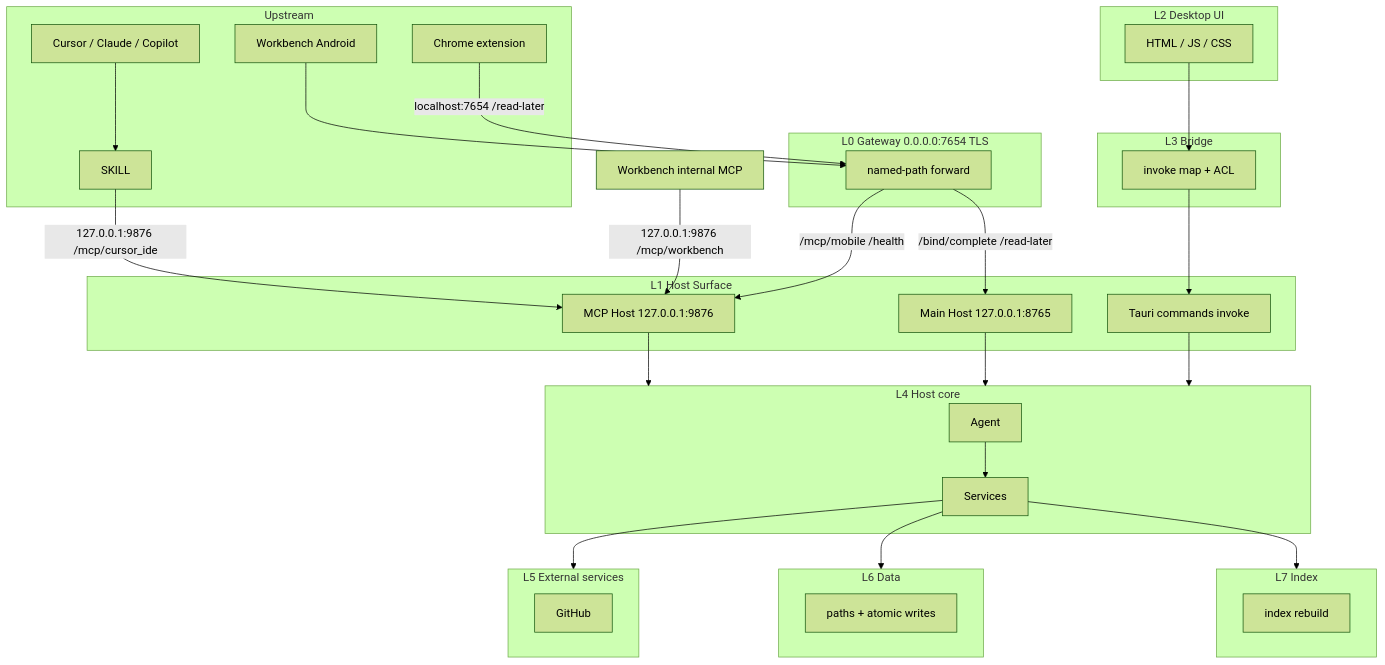
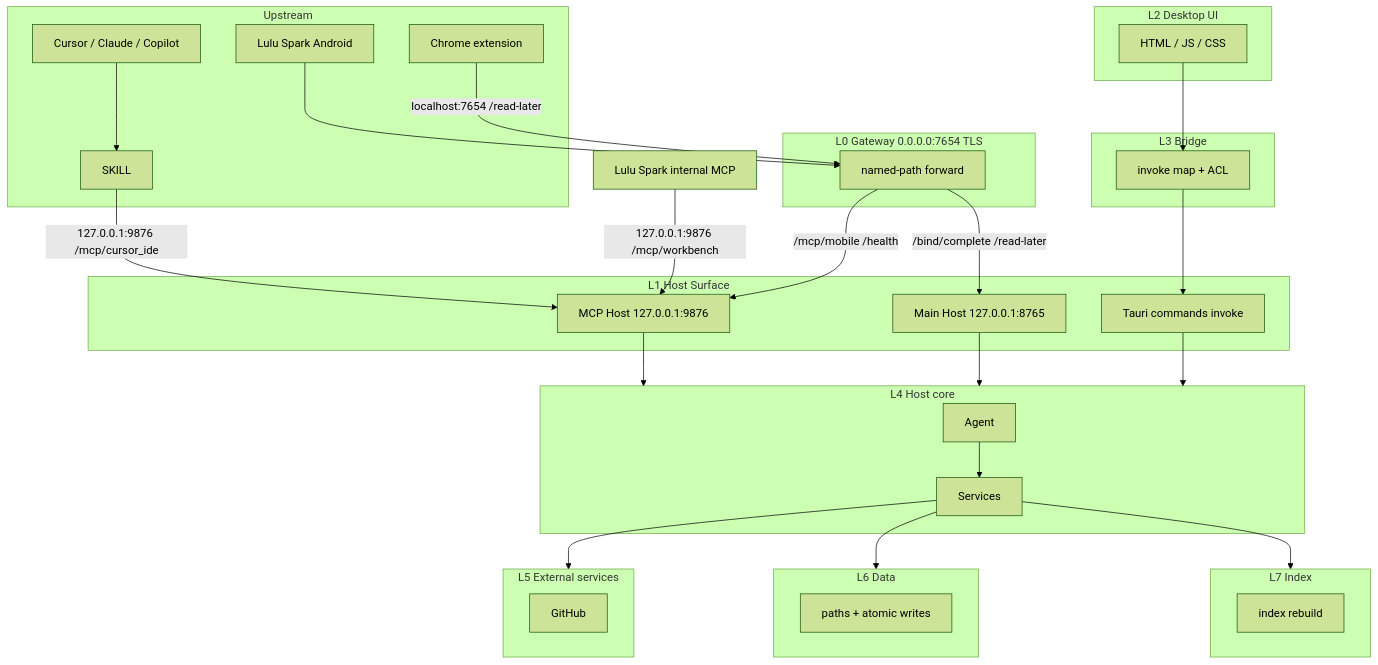
Before and after one commit to lulufoo/lulu-spark: the diagram in docs/architecture/arch-layer-constraints.md, drawn with Mermaid (forest theme). The commit also changed other lines of this file and 13 other files, not shown here.

First line of the commit message:
docs(brand): call the product Lulu Spark in human-facing copy

````diff
--- a/docs/architecture/arch-layer-constraints.md
+++ b/docs/architecture/arch-layer-constraints.md
@@ -7,62 +7,62 @@
 ```mermaid
 flowchart TB
   subgraph UP["Upstream"]
     IDE[Cursor / Claude / Copilot]
     SKILL[SKILL]
-    AND[Workbench Android]
+    AND[Lulu Spark Android]
     CHROME[Chrome extension]
   end
 
   subgraph L0["L0 Gateway  0.0.0.0:7654 TLS"]
     GW[named-path forward]
   end
 
   subgraph L2["L2 Desktop UI"]
     UI[HTML / JS / CSS]
   end
 
   subgraph L3["L3 Bridge"]
     BR[invoke map + ACL]
   end
 
   subgraph L1["L1 Host Surface"]
     MCP["MCP Host  127.0.0.1:9876"]
     MAIN["Main Host  127.0.0.1:8765"]
     CMD["Tauri commands  invoke"]
   end
 
   subgraph L4["L4 Host core"]
     AGT[Agent]
     SVC[Services]
   end
 
   subgraph L5["L5 External services"]
     INT[GitHub]
   end
 
   subgraph L6["L6 Data"]
     REPO[paths + atomic writes]
   end
 
   subgraph L7["L7 Index"]
     IDX[index rebuild]
   end
 
-  INTMCP[Workbench internal MCP]
+  INTMCP[Lulu Spark internal MCP]
 
   IDE --> SKILL
   SKILL -->|127.0.0.1:9876 /mcp/cursor_ide| MCP
   AND --> GW
   CHROME -->|localhost:7654 /read-later| GW
   GW -->|/mcp/mobile /health| MCP
   GW -->|/bind/complete /read-later| MAIN
   INTMCP -->|127.0.0.1:9876 /mcp/workbench| MCP
   UI --> BR --> CMD
   MCP --> L4
   MAIN --> L4
   CMD --> L4
   AGT --> SVC
   SVC --> L5
   SVC --> L6
   SVC --> L7
 ```
````
